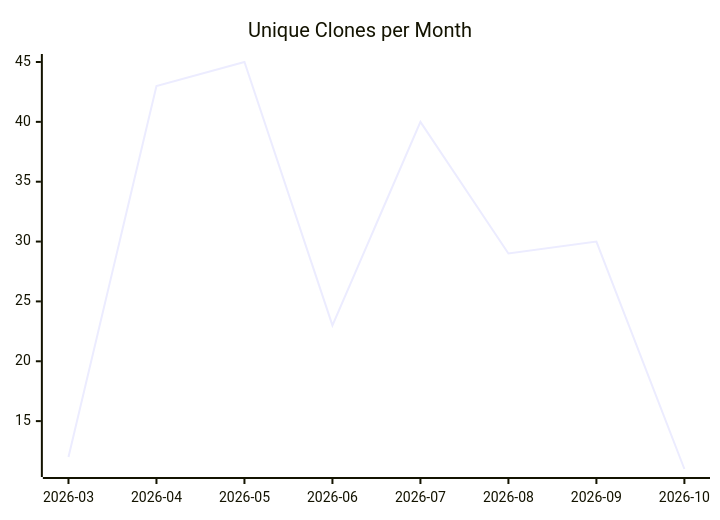
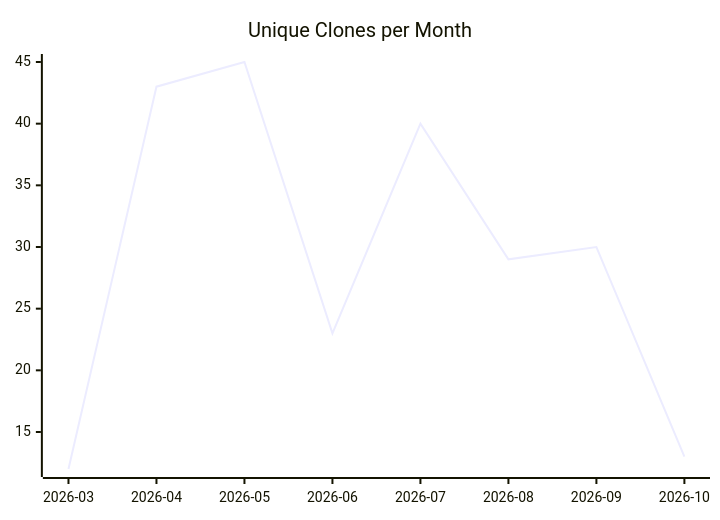
The third of 3 diagrams in karlmdavis/ksoap2-android/README.md (justdavis-family/github-analytics-data), drawn with Mermaid before and after one commit. The commit also changed other lines of this file and 199 other files, not shown here.

````diff
--- a/karlmdavis/ksoap2-android/README.md
+++ b/karlmdavis/ksoap2-android/README.md
@@ -19,6 +19,6 @@
 ```mermaid
 xychart-beta
   title "Unique Clones per Month"
   x-axis ["2026-03", "2026-04", "2026-05", "2026-06", "2026-07", "2026-08", "2026-09", "2026-10"]
-  line [12, 43, 45, 23, 40, 29, 30, 11]
+  line [12, 43, 45, 23, 40, 29, 30, 13]
 ```
````
